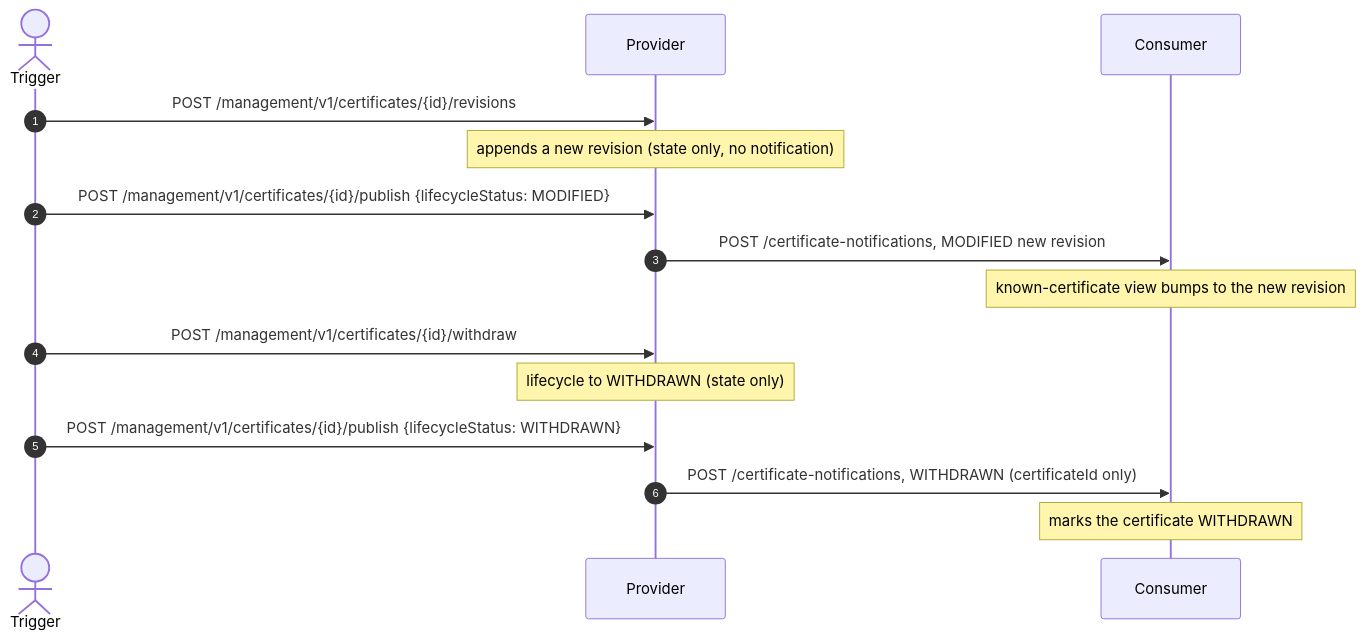
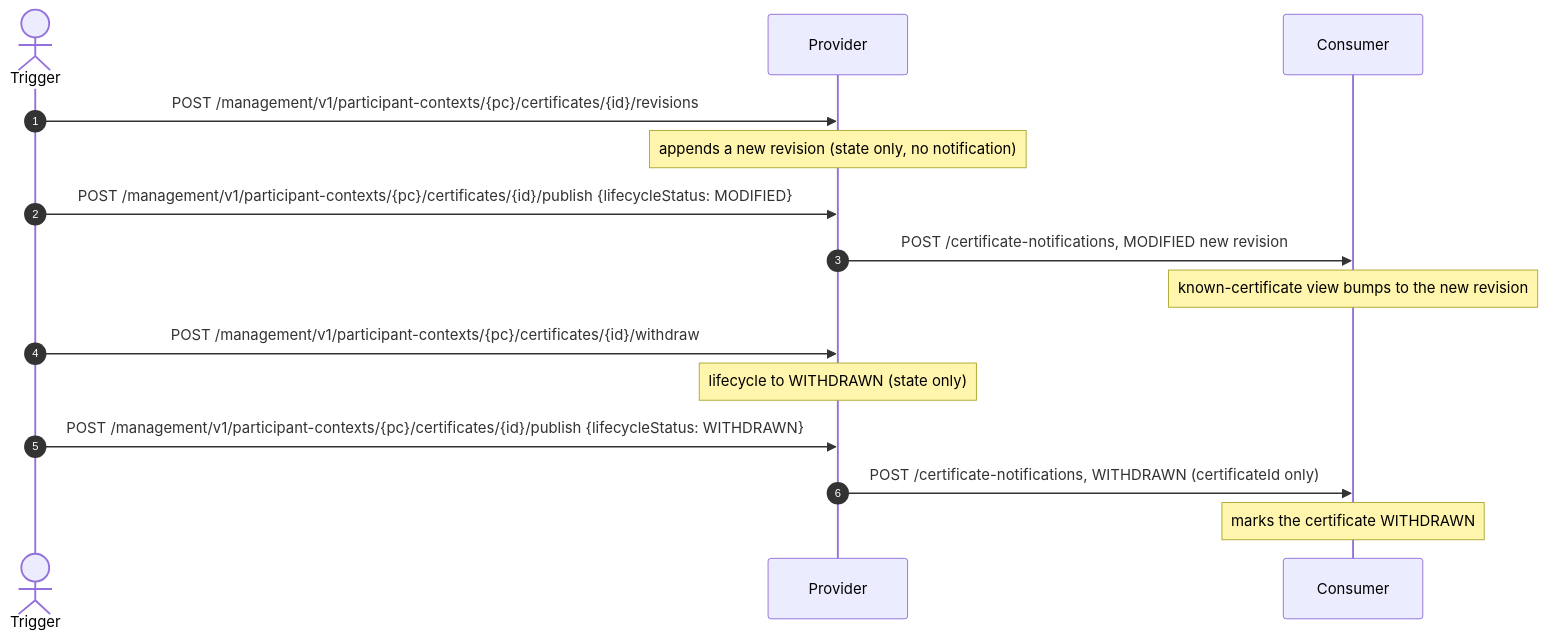
Before and after one commit to Metaform/certo: the fourth of 5 diagrams in docs/FLOWS.md, drawn with Mermaid. The commit also changed other lines of this file and 134 other files, not shown here.

````diff
--- a/docs/FLOWS.md
+++ b/docs/FLOWS.md
@@ -197,17 +198,17 @@
 ```mermaid
 sequenceDiagram
     autonumber
     actor T as Trigger
     participant P as Provider
     participant C as Consumer
-    T->>P: POST /management/v1/certificates/{id}/revisions
+    T->>P: POST /management/v1/participant-contexts/{pc}/certificates/{id}/revisions
     Note over P: appends a new revision (state only, no notification)
-    T->>P: POST /management/v1/certificates/{id}/publish {lifecycleStatus: MODIFIED}
+    T->>P: POST /management/v1/participant-contexts/{pc}/certificates/{id}/publish {lifecycleStatus: MODIFIED}
     P->>C: POST /certificate-notifications, MODIFIED new revision
     Note over C: known-certificate view bumps to the new revision
-    T->>P: POST /management/v1/certificates/{id}/withdraw
+    T->>P: POST /management/v1/participant-contexts/{pc}/certificates/{id}/withdraw
     Note over P: lifecycle to WITHDRAWN (state only)
-    T->>P: POST /management/v1/certificates/{id}/publish {lifecycleStatus: WITHDRAWN}
+    T->>P: POST /management/v1/participant-contexts/{pc}/certificates/{id}/publish {lifecycleStatus: WITHDRAWN}
     P->>C: POST /certificate-notifications, WITHDRAWN (certificateId only)
     Note over C: marks the certificate WITHDRAWN
 ```
````
